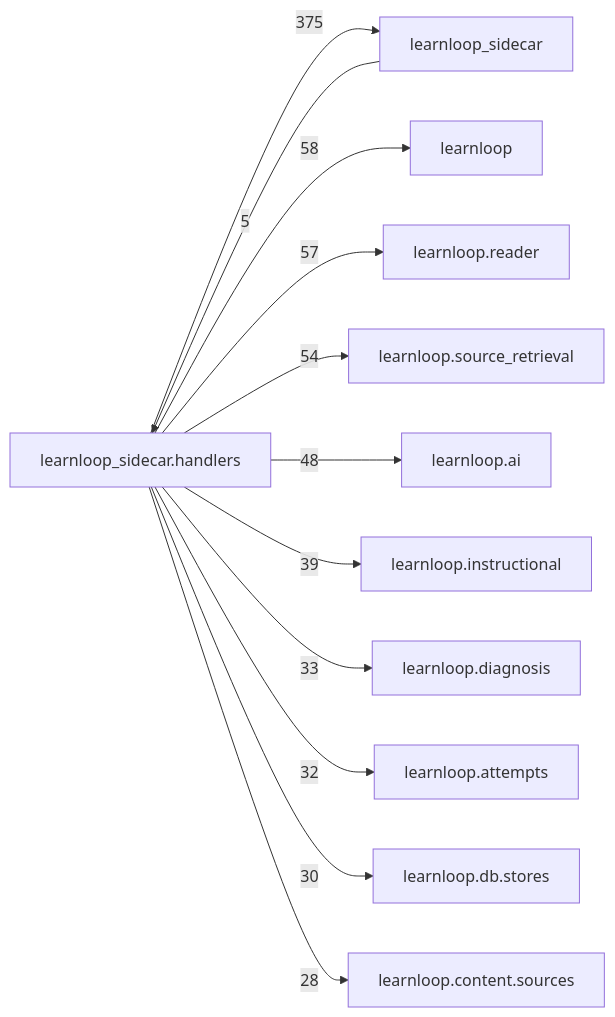
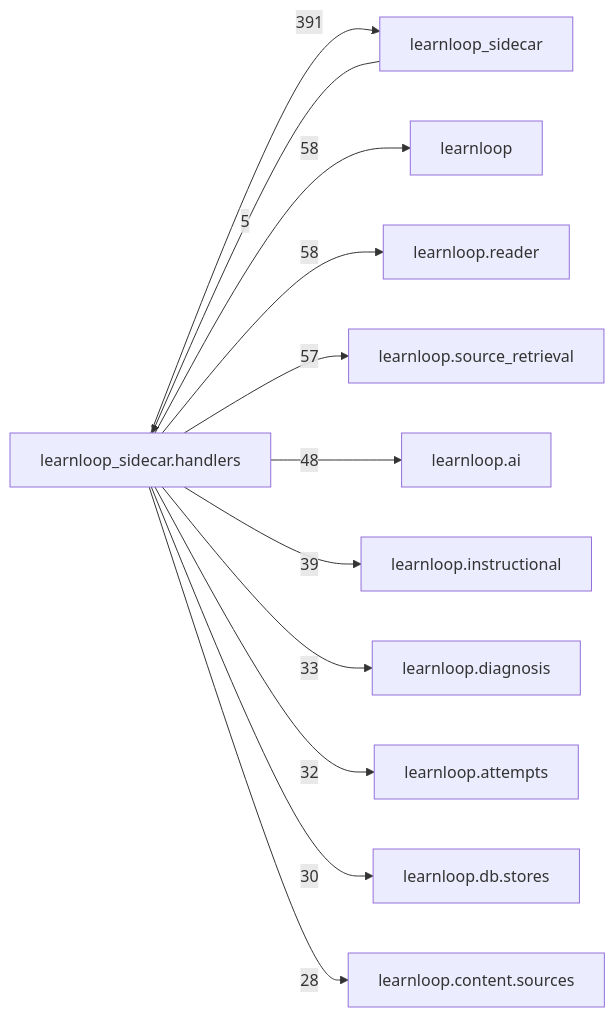
One commit to 6up-b/learnanything changed the diagram in docs/learnloop-architecture-vault/Reference/Modules/learnloop_sidecar/handlers/_package.md. Above: the diagram before and after it, drawn with Mermaid. The commit also changed other lines of this file and 86 other files, not shown here.

````diff
--- a/docs/learnloop-architecture-vault/Reference/Modules/learnloop_sidecar/handlers/_package.md
+++ b/docs/learnloop-architecture-vault/Reference/Modules/learnloop_sidecar/handlers/_package.md
@@ -287,25 +287,25 @@
 ```mermaid
 flowchart LR
     center["learnloop_sidecar.handlers"]
     n_learnloop_sidecar["learnloop_sidecar"]
     n_learnloop["learnloop"]
     n_learnloop_reader["learnloop.reader"]
     n_learnloop_source_retrieval["learnloop.source_retrieval"]
     n_learnloop_ai["learnloop.ai"]
     n_learnloop_instructional["learnloop.instructional"]
     n_learnloop_diagnosis["learnloop.diagnosis"]
     n_learnloop_attempts["learnloop.attempts"]
     n_learnloop_db_stores["learnloop.db.stores"]
     n_learnloop_content_sources["learnloop.content.sources"]
     n_learnloop_sidecar -->|5| center
-    center -->|375| n_learnloop_sidecar
+    center -->|391| n_learnloop_sidecar
     center -->|58| n_learnloop
-    center -->|57| n_learnloop_reader
-    center -->|54| n_learnloop_source_retrieval
+    center -->|58| n_learnloop_reader
+    center -->|57| n_learnloop_source_retrieval
     center -->|48| n_learnloop_ai
     center -->|39| n_learnloop_instructional
     center -->|33| n_learnloop_diagnosis
     center -->|32| n_learnloop_attempts
     center -->|30| n_learnloop_db_stores
     center -->|28| n_learnloop_content_sources
 ```
````
